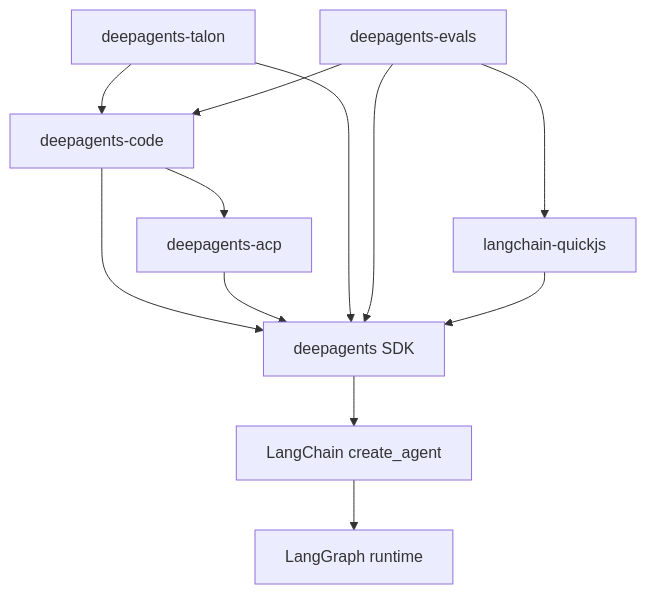
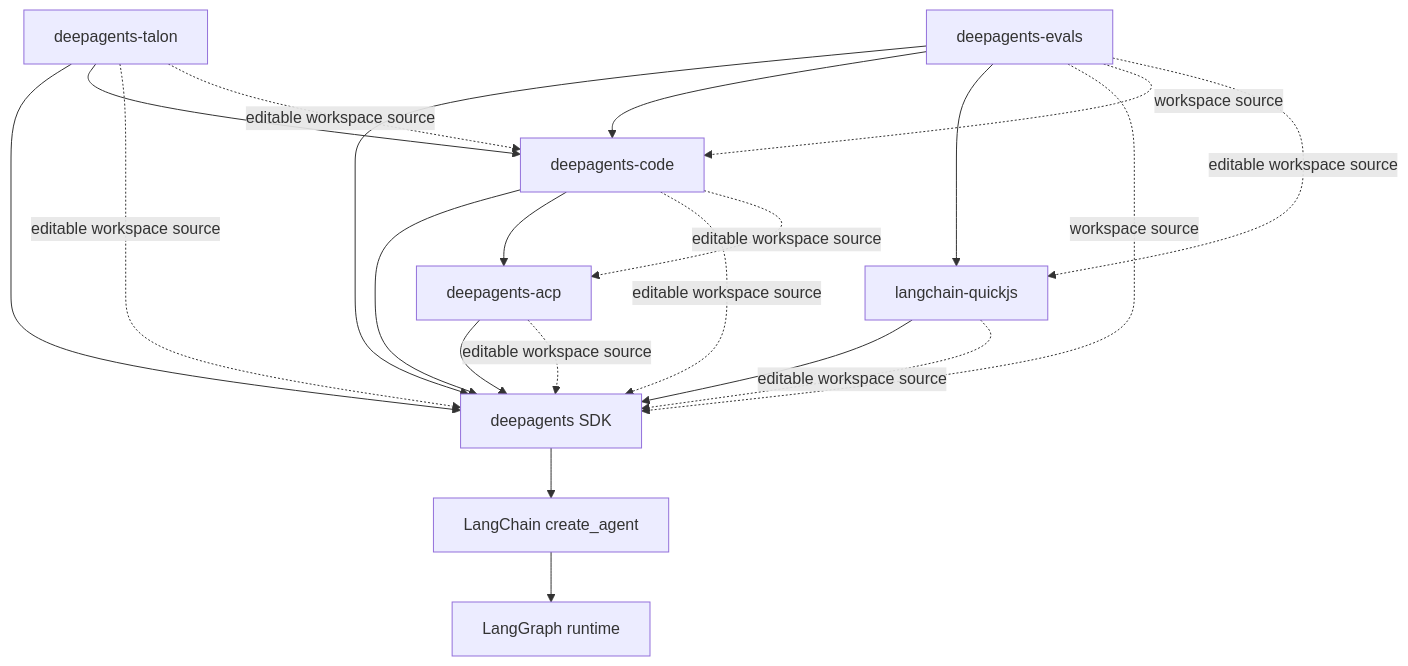
Before and after one commit to langchain-ai/deepagents: the first of 2 diagrams in openwiki/architecture/overview.md, drawn with Mermaid. The commit also changed other lines of this file and 47 other files, not shown here.

````diff
--- a/openwiki/architecture/overview.md
+++ b/openwiki/architecture/overview.md
@@ -87,14 +86,23 @@
 ```mermaid
 flowchart TD
   Dcode["deepagents-code"] --> SDK["deepagents SDK"]
   Dcode --> ACP["deepagents-acp"]
   ACP --> SDK
   Talon["deepagents-talon"] --> SDK
   Talon --> Dcode
   Evals["deepagents-evals"] --> SDK
   Evals --> Dcode
   Evals --> QuickJS["langchain-quickjs"]
   QuickJS --> SDK
   SDK --> LangChain["LangChain create_agent"]
   LangChain --> LangGraph["LangGraph runtime"]
+  Dcode -. editable workspace source .-> SDK
+  Dcode -. editable workspace source .-> ACP
+  ACP -. editable workspace source .-> SDK
+  Talon -. editable workspace source .-> SDK
+  Talon -. editable workspace source .-> Dcode
+  Evals -. workspace source .-> SDK
+  Evals -. workspace source .-> Dcode
+  Evals -. editable workspace source .-> QuickJS
+  QuickJS -. editable workspace source .-> SDK
 ```
````
